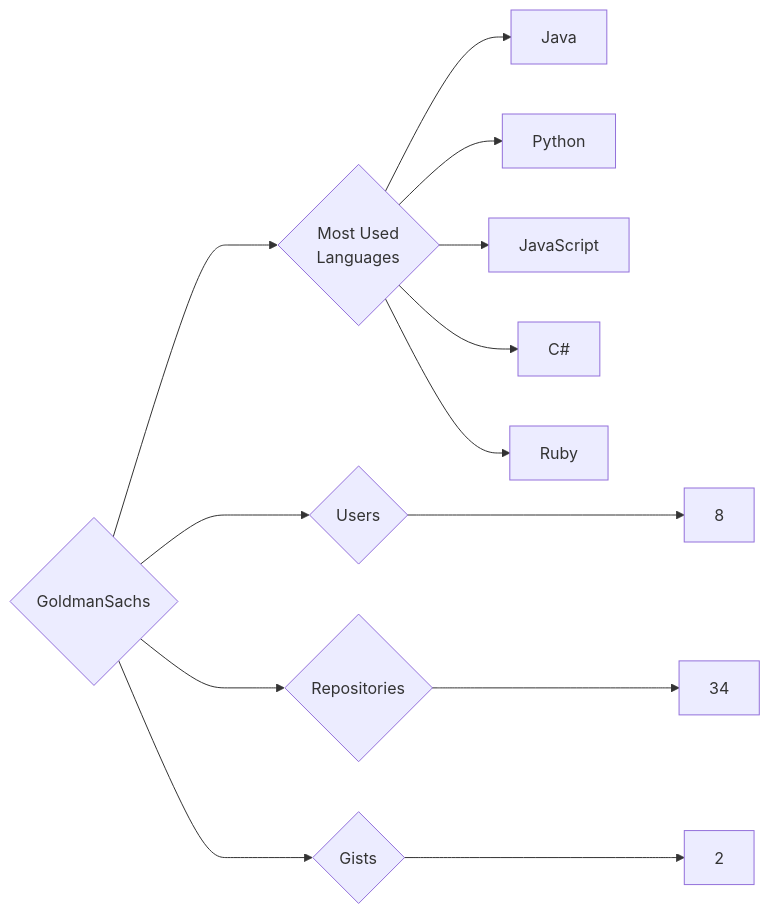
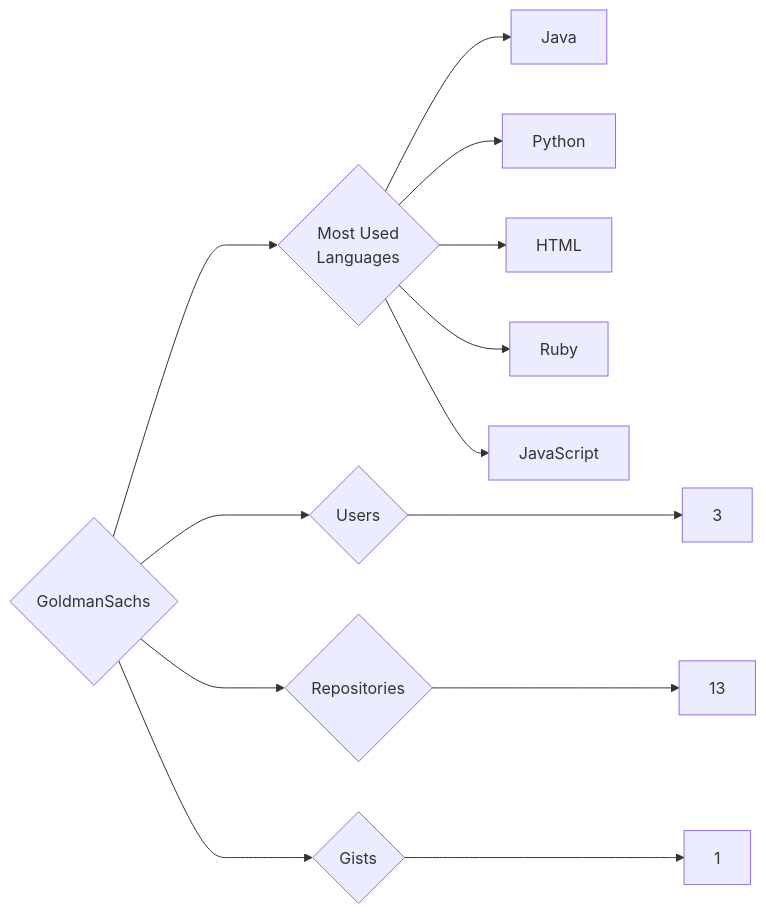
The diagram in targets/GoldmanSachs/README.md (trickest/insiders), drawn with Mermaid before and after one commit. The commit also changed 1078 other files, not shown here.

````diff
--- a/targets/GoldmanSachs/README.md
+++ b/targets/GoldmanSachs/README.md
@@ -3,13 +3,13 @@
 ```mermaid
 graph LR
 COMPANY_NAME{GoldmanSachs}
-COMPANY_NAME ---> U{Users} ---> UN[8]
-COMPANY_NAME ---> R{Repositories} ---> RN[34]
-COMPANY_NAME ---> G{Gists} ---> GN[2]
+COMPANY_NAME ---> U{Users} ---> UN[3]
+COMPANY_NAME ---> R{Repositories} ---> RN[13]
+COMPANY_NAME ---> G{Gists} ---> GN[1]
 COMPANY_NAME ---> ML{Most Used<br>Languages}
 ML --> Java[Java]
 ML --> Python[Python]
+ML --> HTML[HTML]
+ML --> Ruby[Ruby]
 ML --> JavaScript[JavaScript]
-ML --> C#[C#]
-ML --> Ruby[Ruby]
 ```
````
